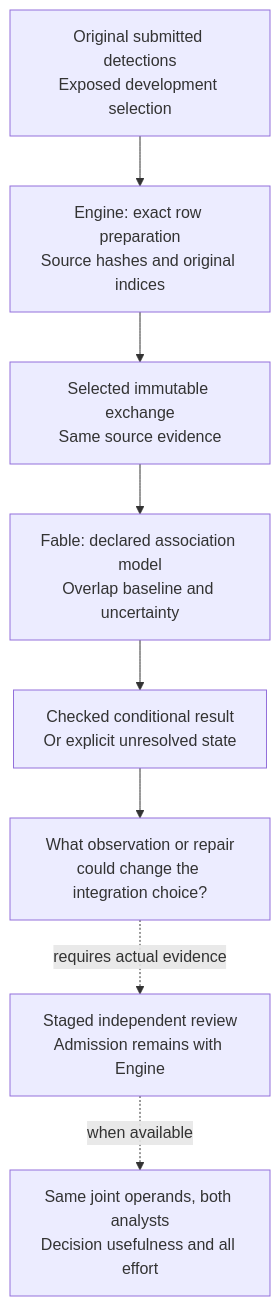
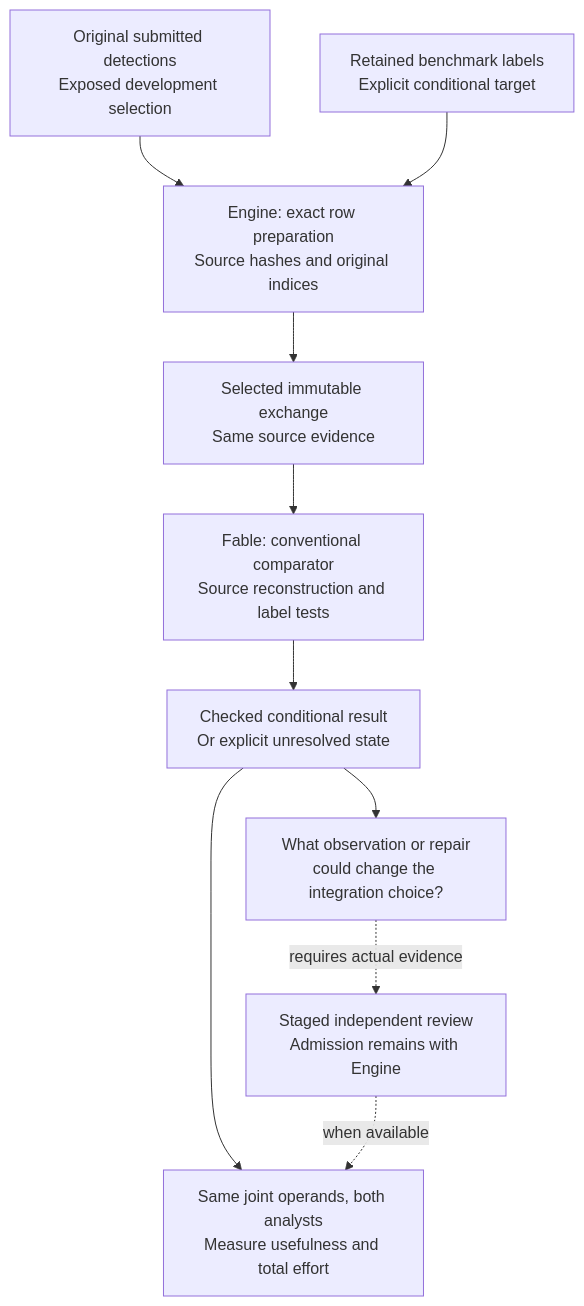
The sixth of 7 diagrams in README.md (manfromnowhere143/reiyah), drawn with Mermaid before and after one commit. The commit also changed other lines of this file and 7 other files, not shown here.

Commit message:
Evaluate fixed detector changes against source-bound benchmark labels

````diff
--- a/README.md
+++ b/README.md
@@ -305,10 +313,12 @@
 ```mermaid
 flowchart TB
   S["Original submitted detections<br/>Exposed development selection"] --> E["Engine: exact row preparation<br/>Source hashes and original indices"]
   E --> X["Selected immutable exchange<br/>Same source evidence"]
-  X --> F["Fable: declared association model<br/>Overlap baseline and uncertainty"]
+  B["Retained benchmark labels<br/>Explicit conditional target"] --> E
+  X --> F["Fable: conventional comparator<br/>Source reconstruction and label tests"]
   F --> Q["Checked conditional result<br/>Or explicit unresolved state"]
   Q --> A["What observation or repair<br/>could change the integration choice?"]
+  Q --> C["Same joint operands, both analysts<br/>Measure usefulness and total effort"]
   A -. "requires actual evidence" .-> R["Staged independent review<br/>Admission remains with Engine"]
-  R -. "when available" .-> C["Same joint operands, both analysts<br/>Decision usefulness and all effort"]
+  R -. "when available" .-> C
 ```
````
